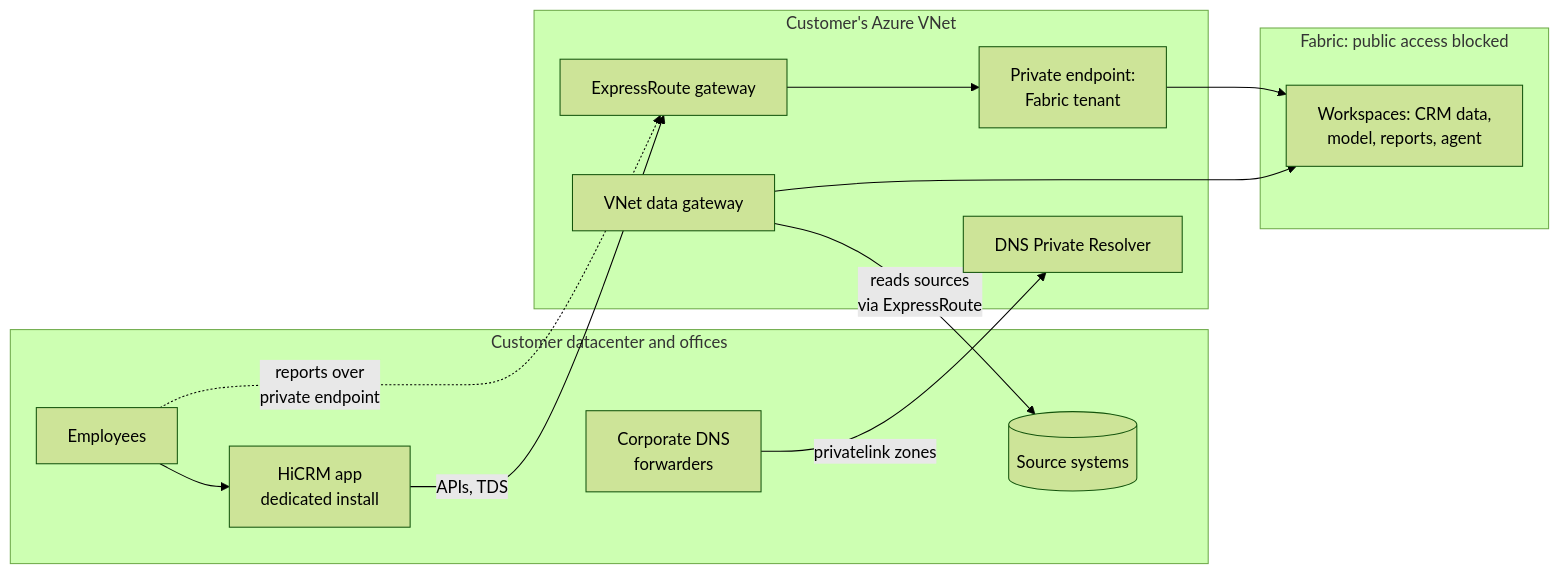
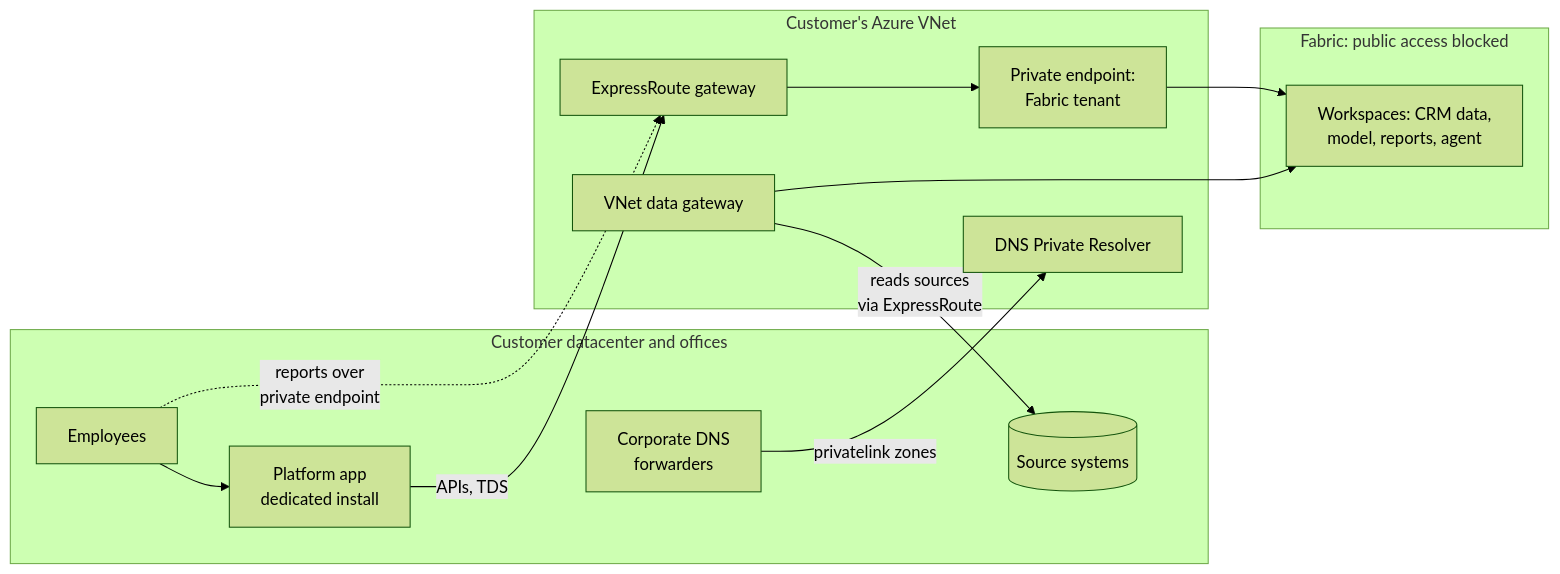
Before and after one commit to apkola29/fabric: the fourth of 11 diagrams in saas-platform/DEPLOYMENT-ARCHITECTURES.md, drawn with Mermaid (forest theme). The commit also changed other lines of this file and 72 other files, not shown here.

First line of the commit message:
saas-platform: rename HiCRM to the platform app; official Fabric icons

````diff
--- a/saas-platform/DEPLOYMENT-ARCHITECTURES.md
+++ b/saas-platform/DEPLOYMENT-ARCHITECTURES.md
@@ -236,26 +236,26 @@
 ```mermaid
 flowchart LR
   subgraph CORP["Customer datacenter and offices"]
     U["Employees"]
-    APP["HiCRM app<br/>dedicated install"]
+    APP["Platform app<br/>dedicated install"]
     ODNS["Corporate DNS<br/>forwarders"]
     SRC[("Source systems")]
   end
   subgraph AZ["Customer's Azure VNet"]
     ERG["ExpressRoute gateway"]
     RES["DNS Private Resolver"]
     PEF["Private endpoint:<br/>Fabric tenant"]
     VGW["VNet data gateway"]
   end
   subgraph FAB["Fabric: public access blocked"]
     WS["Workspaces: CRM data,<br/>model, reports, agent"]
   end
   U --> APP
   U -.->|"reports over<br/>private endpoint"| ERG
   APP -->|"APIs, TDS"| ERG
   ODNS -->|"privatelink zones"| RES
   ERG --> PEF
   PEF --> WS
   VGW -->|"reads sources<br/>via ExpressRoute"| SRC
   VGW --> WS
 ```
````
